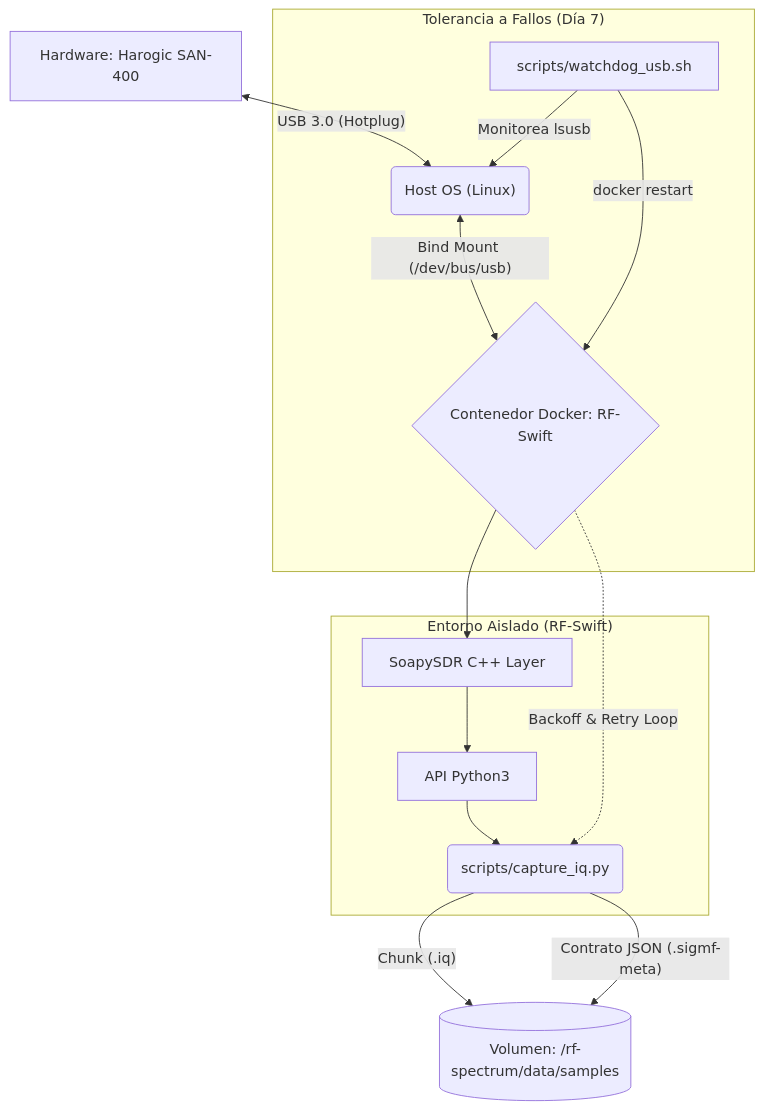
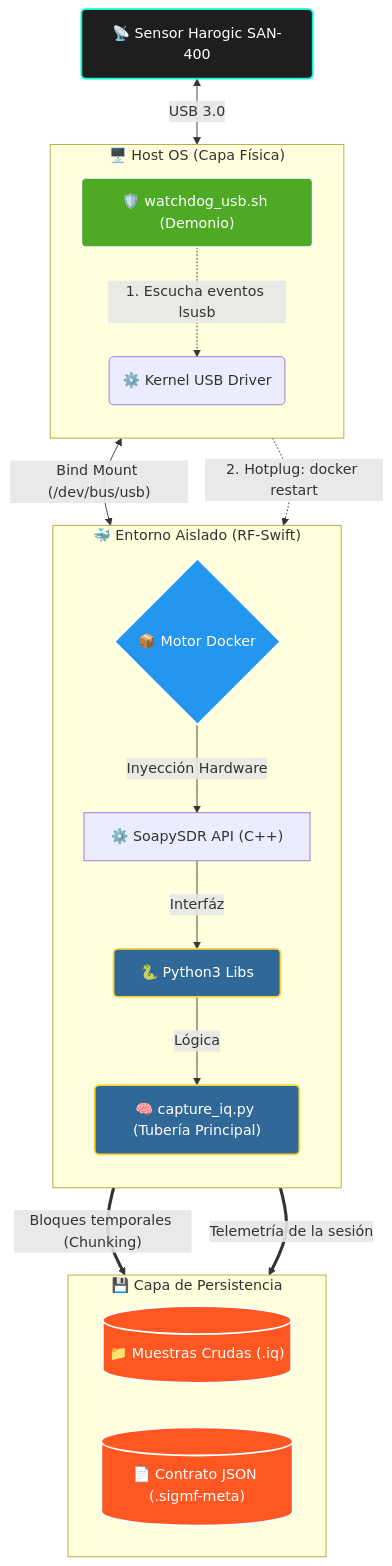
One commit to dielectronico314/Spectre-Horizon changed the diagram in README.md. Above: the diagram before and after it, drawn with Mermaid.

Commit message:
style: rediseño profesional del diagrama de arquitectura con estilos y flujos

````diff
--- a/README.md
+++ b/README.md
@@ -50,20 +50,42 @@
 ```mermaid
-graph TD
-    A["Hardware: Harogic SAN-400"] <-->|"USB 3.0 (Hotplug)"| B("Host OS (Linux)")
-    B <-->|"Bind Mount (/dev/bus/usb)"| C{"Contenedor Docker: RF-Swift"}
+flowchart TB
+    %% Definición de paleta de colores profesional
+    classDef hardware fill:#1e1e1e,stroke:#00ffcc,stroke-width:2px,color:#fff,rx:5px,ry:5px
+    classDef docker fill:#2496ed,stroke:#ffffff,stroke-width:2px,color:#fff,rx:5px,ry:5px
+    classDef python fill:#306998,stroke:#ffd43b,stroke-width:2px,color:#fff,rx:5px,ry:5px
+    classDef storage fill:#ff5722,stroke:#ffffff,stroke-width:2px,color:#fff,rx:5px,ry:5px
+    classDef bash fill:#4eaa25,stroke:#ffffff,stroke-width:2px,color:#fff,rx:5px,ry:5px
+
+    A["📡 Sensor Harogic SAN-400"]:::hardware <-->|"USB 3.0"| B
     
-    subgraph "Tolerancia a Fallos (Día 7)"
-        W["scripts/watchdog_usb.sh"] -->|"Monitorea lsusb"| B
-        W -->|"docker restart"| C
+    subgraph HOST["🖥️ Host OS (Capa Física)"]
+        direction TB
+        B("⚙️ Kernel USB Driver")
+        W["🛡️ watchdog_usb.sh (Demonio)"]:::bash
+        W -.->|"1. Escucha eventos lsusb"| B
     end
     
-    subgraph "Entorno Aislado (RF-Swift)"
-        C --> D["SoapySDR C++ Layer"]
-        D --> E["API Python3"]
-        E --> F("scripts/capture_iq.py")
-        C -.->|"Backoff & Retry Loop"| F
+    subgraph DOCKER["🐳 Entorno Aislado (RF-Swift)"]
+        direction TB
+        C{"📦 Motor Docker"}:::docker
+        D["⚙️ SoapySDR API (C++)"]
+        E["🐍 Python3 Libs"]:::python
+        F("🧠 capture_iq.py (Tubería Principal)"):::python
+        
+        C -->|"Inyección Hardware"| D
+        D -->|"Interfáz"| E
+        E -->|"Lógica"| F
+    end
+
+    B <-->|"Bind Mount (/dev/bus/usb)"| C
+    W -.->|"2. Hotplug: docker restart"| C
+    
+    subgraph STORAGE["💾 Capa de Persistencia"]
+        direction LR
+        G[("📁 Muestras Crudas (.iq)")]:::storage
+        H[("📄 Contrato JSON (.sigmf-meta)")]:::storage
     end
     
-    F -->|"Chunk (.iq)"| G[("Volumen: /rf-spectrum/data/samples")]
-    F -->|"Contrato JSON (.sigmf-meta)"| G
+    F ==>|"Bloques temporales (Chunking)"| G
+    F ==>|"Telemetría de la sesión"| H
 ```
````
